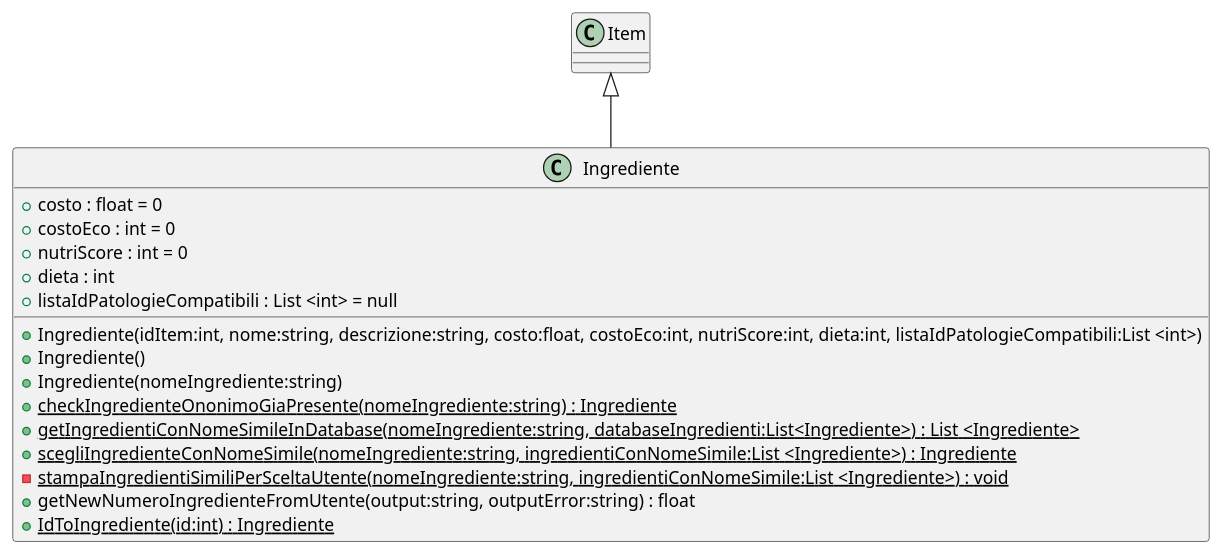
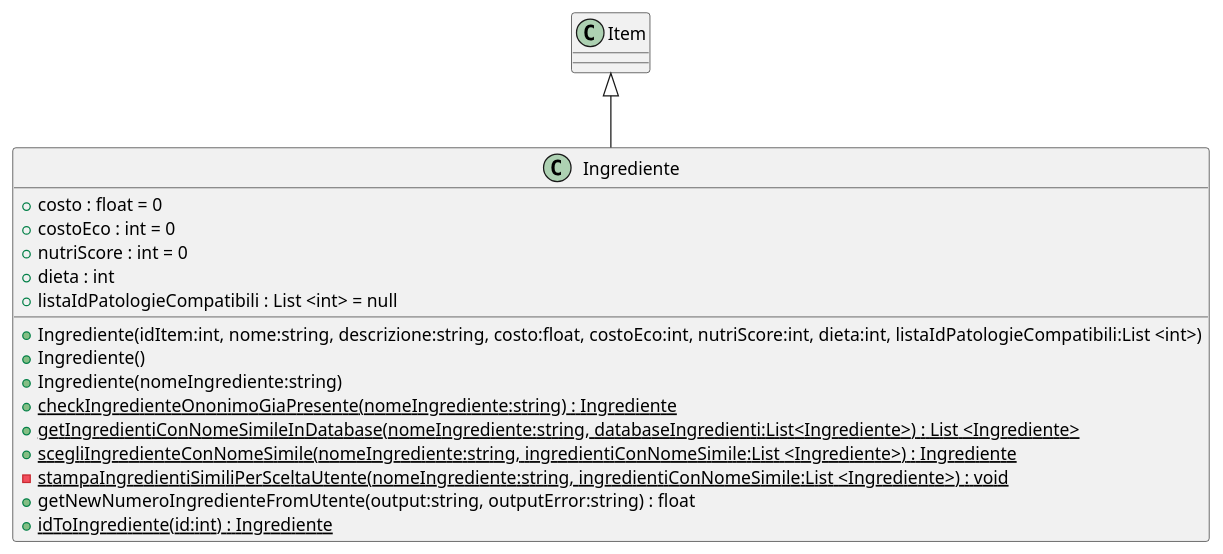
Before and after one commit to zSavT/Healthy-Catering: the diagram in doc/plantUml senza associazioni/Ingrediente.puml, drawn with PlantUML. The commit also changed 10 other files, not shown here.

```diff
--- a/doc/plantUml senza associazioni/Ingrediente.puml
+++ b/doc/plantUml senza associazioni/Ingrediente.puml
@@ -1,19 +1,19 @@
 @startuml
 class Ingrediente {
     + costo : float = 0
     + costoEco : int = 0
     + nutriScore : int = 0
     + dieta : int
     + listaIdPatologieCompatibili : List <int> = null
     + Ingrediente(idItem:int, nome:string, descrizione:string, costo:float, costoEco:int, nutriScore:int, dieta:int, listaIdPatologieCompatibili:List <int>)
     + Ingrediente()
     + Ingrediente(nomeIngrediente:string)
     + {static} checkIngredienteOnonimoGiaPresente(nomeIngrediente:string) : Ingrediente
     + {static} getIngredientiConNomeSimileInDatabase(nomeIngrediente:string, databaseIngredienti:List<Ingrediente>) : List <Ingrediente>
     + {static} scegliIngredienteConNomeSimile(nomeIngrediente:string, ingredientiConNomeSimile:List <Ingrediente>) : Ingrediente
     - {static} stampaIngredientiSimiliPerSceltaUtente(nomeIngrediente:string, ingredientiConNomeSimile:List <Ingrediente>) : void
     + getNewNumeroIngredienteFromUtente(output:string, outputError:string) : float
-    + {static} IdToIngrediente(id:int) : Ingrediente
+    + {static} idToIngrediente(id:int) : Ingrediente
 }
 Item <|-- Ingrediente
 @enduml
```
